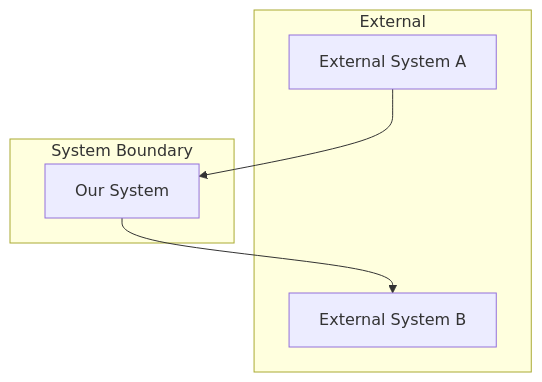
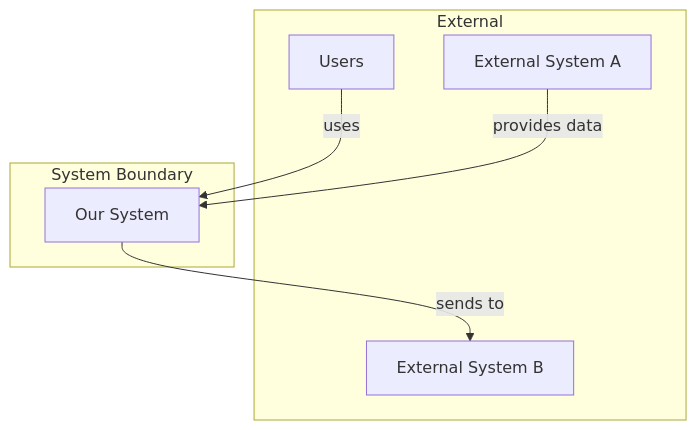
Before and after one commit to Jobaben/BmadWorkflow: the first of 4 diagrams in bmad/templates/architecture.template.md, drawn with Mermaid. The commit also changed other lines of this file and 9 other files, not shown here.

````diff
--- a/bmad/templates/architecture.template.md
+++ b/bmad/templates/architecture.template.md
@@ -21,12 +39,16 @@
 ```mermaid
 graph TB
     subgraph External
-        A[External System A]
-        B[External System B]
+        U[Users]
+        EA[External System A]
+        EB[External System B]
     end
-    subgraph System Boundary
+
+    subgraph "System Boundary"
         S[Our System]
     end
-    A --> S
-    S --> B
+
+    U -->|uses| S
+    EA -->|provides data| S
+    S -->|sends to| EB
 ```
````
